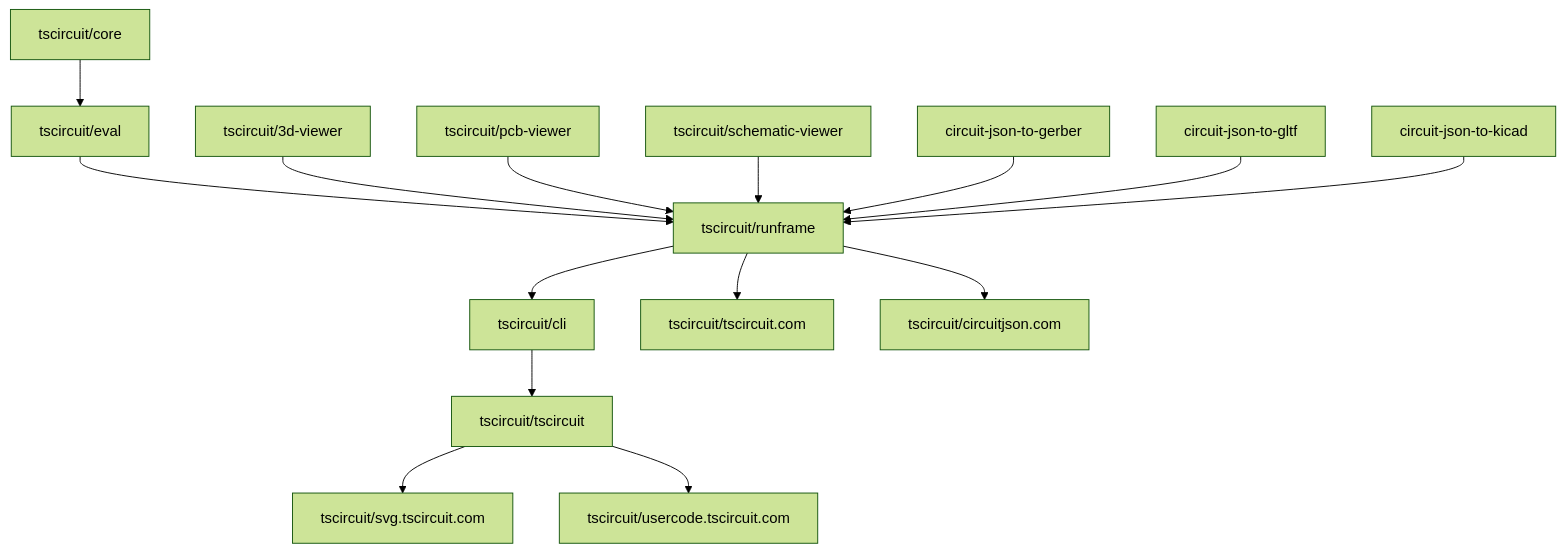
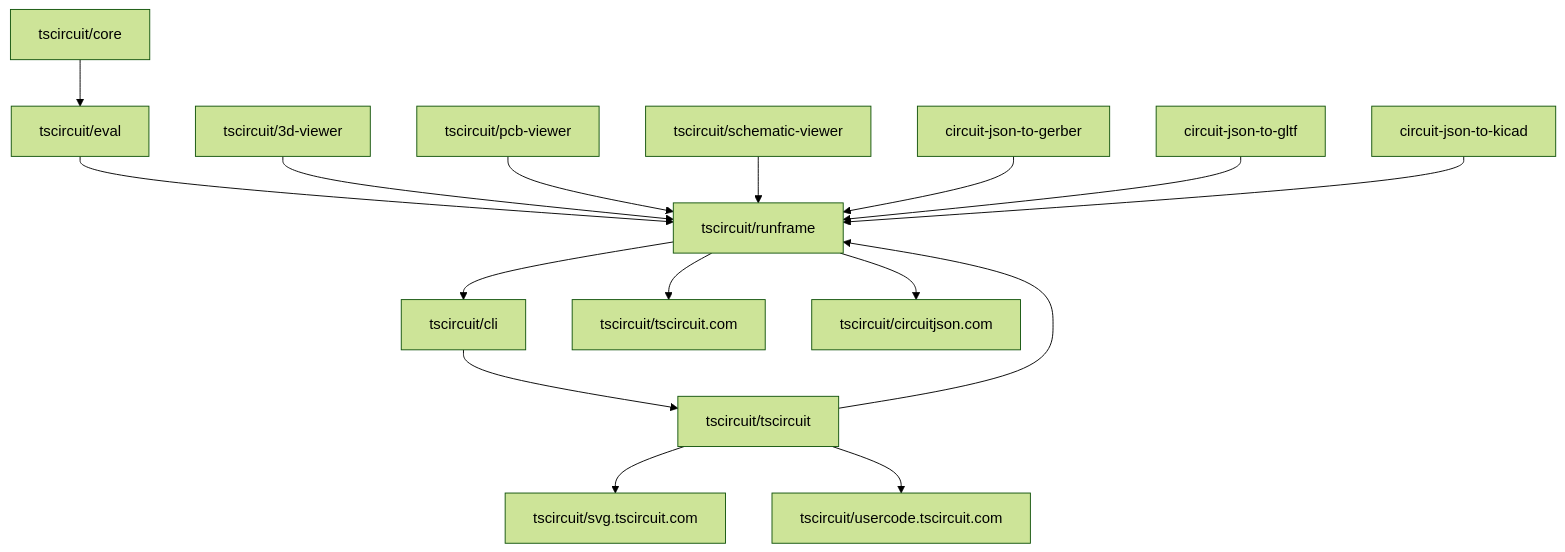
The diagram in docs/contributing/package-dependencies-and-auto-updates.mdx (tscircuit/docs), drawn with Mermaid (forest theme) before and after one commit.

Commit message:
docs: show tscircuit release updates runframe

````diff
--- a/docs/contributing/package-dependencies-and-auto-updates.mdx
+++ b/docs/contributing/package-dependencies-and-auto-updates.mdx
@@ -14,43 +14,46 @@
 ```mermaid
 flowchart TD
 
     %% Core to Eval
     core[tscircuit/core] --> eval[tscircuit/eval]
 
     %% Eval to Runframe
     eval --> runframe[tscircuit/runframe]
 
     %% 3D Viewer to Runframe
     viewer3d[tscircuit/3d-viewer] --> runframe
 
     %% PCB Viewer to Runframe
     pcbviewer[tscircuit/pcb-viewer] --> runframe
 
     %% Schematic Viewer to Runframe
     schemaviewer[tscircuit/schematic-viewer] --> runframe
 
     %% Circuit JSON to Gerber to Runframe
     circuitjsontogerber[circuit-json-to-gerber] --> runframe
 
     %% Circuit JSON to GLTF to Runframe
     circuitjsontogltf[circuit-json-to-gltf] --> runframe
 
     %% Circuit JSON to KiCad to Runframe
     circuitjsontokicad[circuit-json-to-kicad] --> runframe
 
     %% Runframe to CLI
     runframe --> cli[tscircuit/cli]
 
     %% Runframe to tscircuit.com
     runframe --> tscircuitcom[tscircuit/tscircuit.com]
 
     %% Runframe to circuitjson.com
     runframe --> circuitjsoncom[tscircuit/circuitjson.com]
     
     %% CLI to Tscircuit
     cli --> tscircuit[tscircuit/tscircuit]
 
     %% Tscircuit to web services
     tscircuit --> svg[tscircuit/svg.tscircuit.com]
     tscircuit --> usercode[tscircuit/usercode.tscircuit.com]
+
+    %% Tscircuit release also updates Runframe package
+    tscircuit --> runframe
 ```
````
